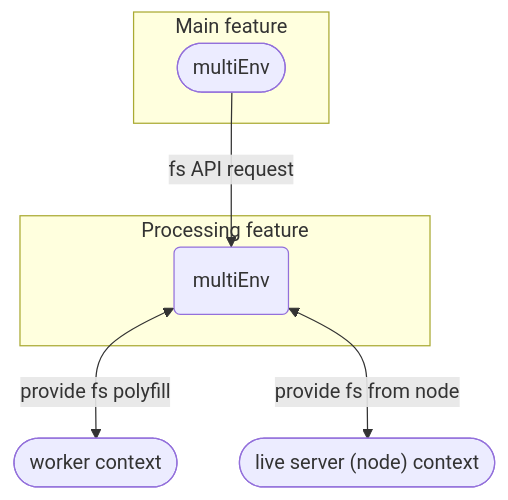
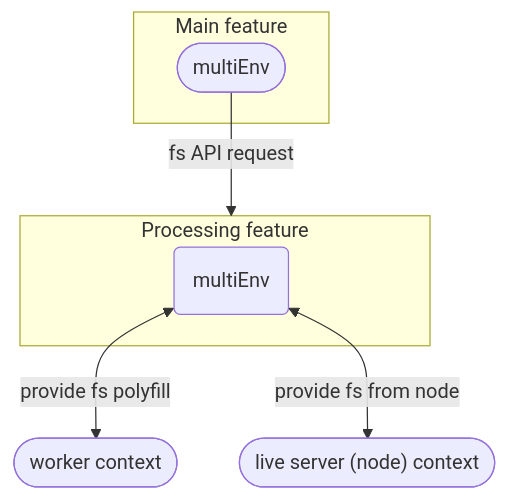
Before and after one commit to wixplosives/engine: the diagram in docs/vault/examples.best_practices.multi_env.md, drawn with Mermaid. The commit also changed other lines of this file, not shown here.

Commit message:
docs(multi env): improved diagram

````diff
--- a/docs/vault/examples.best_practices.multi_env.md
+++ b/docs/vault/examples.best_practices.multi_env.md
@@ -23,15 +23,15 @@
 ```mermaid
 flowchart TD
-    mainEnv([multiEnv])-- "fs API request" -->processingEnv
+    mainEnv([multiEnv])-- "fs API request" -->processing
     
     subgraph main[Main feature]
         mainEnv([multiEnv])
     end
 
     subgraph processing[Processing feature]
         processingEnv(multiEnv)
     end
 
     processingEnv -- provide fs polyfill <--> worker(["worker context"])
     processingEnv -- provide fs from node <--> node(["live server (node) context"])
 ```
````
